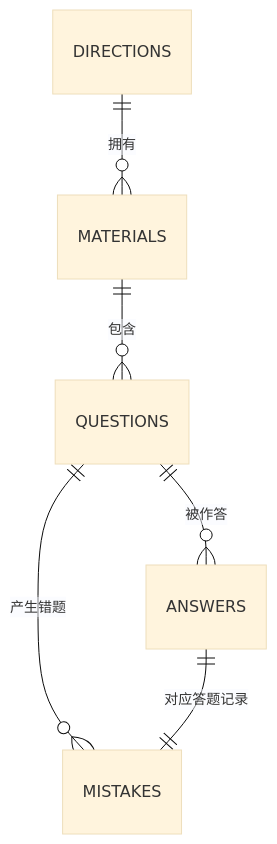
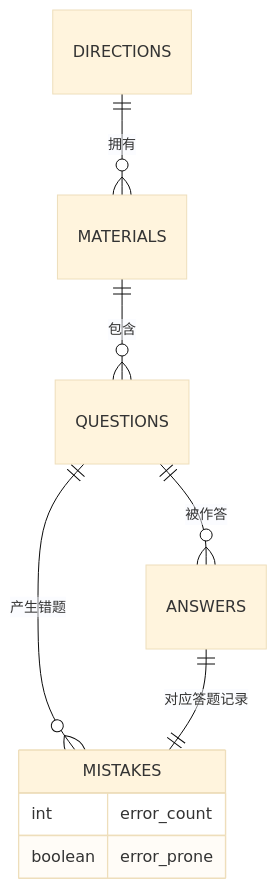
One commit to zhiwenli-jack/personal-learning-manager changed the fifth of 7 diagrams in .qoder/repowiki/zh/content/前端应用架构/视图组件/错题管理组件.md. Above: the diagram before and after it, drawn with Mermaid (base theme). The commit also changed other lines of this file and 12 other files, not shown here.

````diff
--- a/.qoder/repowiki/zh/content/前端应用架构/视图组件/错题管理组件.md
+++ b/.qoder/repowiki/zh/content/前端应用架构/视图组件/错题管理组件.md
@@ -162,8 +176,12 @@
 ```mermaid
 erDiagram
 DIRECTIONS ||--o{ MATERIALS : "拥有"
 MATERIALS ||--o{ QUESTIONS : "包含"
 QUESTIONS ||--o{ ANSWERS : "被作答"
 QUESTIONS ||--o{ MISTAKES : "产生错题"
 ANSWERS ||--|| MISTAKES : "对应答题记录"
+MISTAKES {
+int error_count
+boolean error_prone
+}
 ```
````
